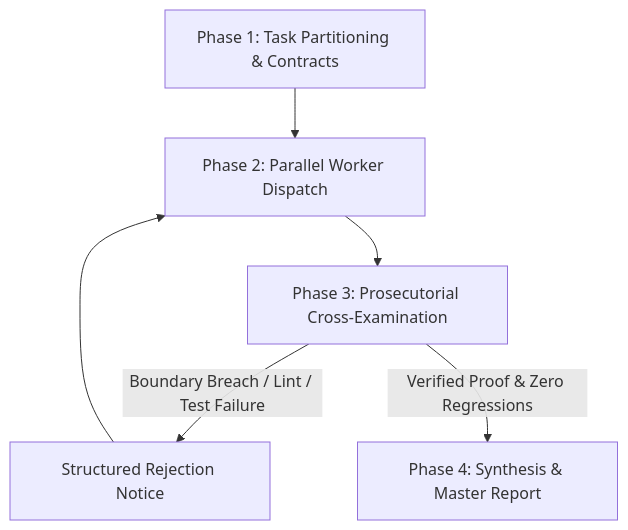
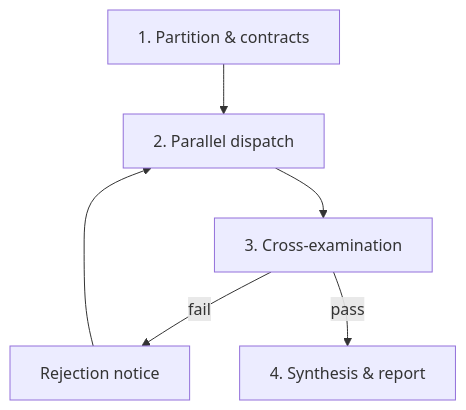
One commit to FahadBinNasir/overwatcher changed the diagram in README.md. Above: the diagram before and after it, drawn with Mermaid. The commit also changed other lines of this file, not shown here.

````diff
--- a/README.md
+++ b/README.md
@@ -73,8 +53,8 @@
 ```mermaid
 flowchart TD
-    A[Phase 1: Task Partitioning & Contracts] --> B[Phase 2: Parallel Worker Dispatch]
-    B --> C[Phase 3: Prosecutorial Cross-Examination]
-    C -->|Boundary Breach / Lint / Test Failure| D[Structured Rejection Notice]
+    A[1. Partition & contracts] --> B[2. Parallel dispatch]
+    B --> C[3. Cross-examination]
+    C -->|fail| D[Rejection notice]
     D --> B
-    C -->|Verified Proof & Zero Regressions| E[Phase 4: Synthesis & Master Report]
+    C -->|pass| E[4. Synthesis & report]
 ```
````
